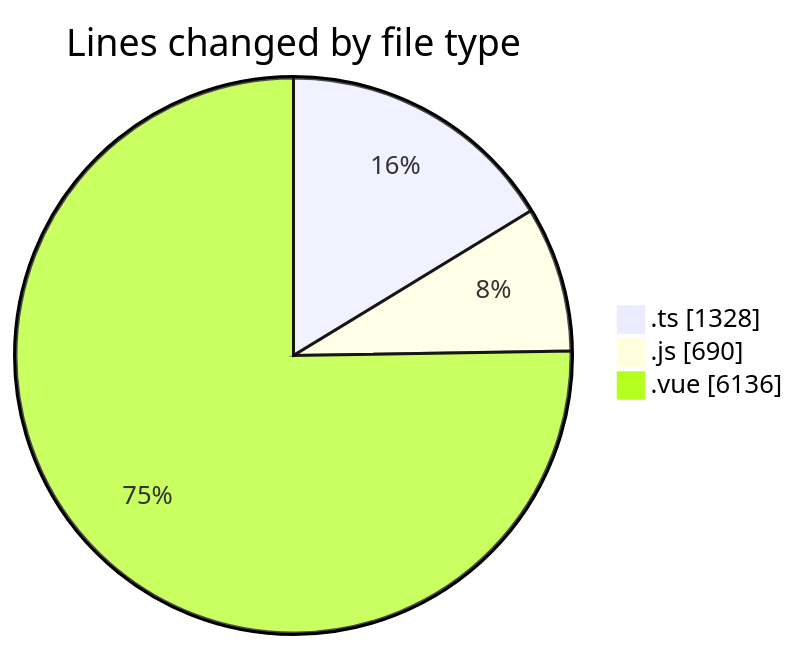
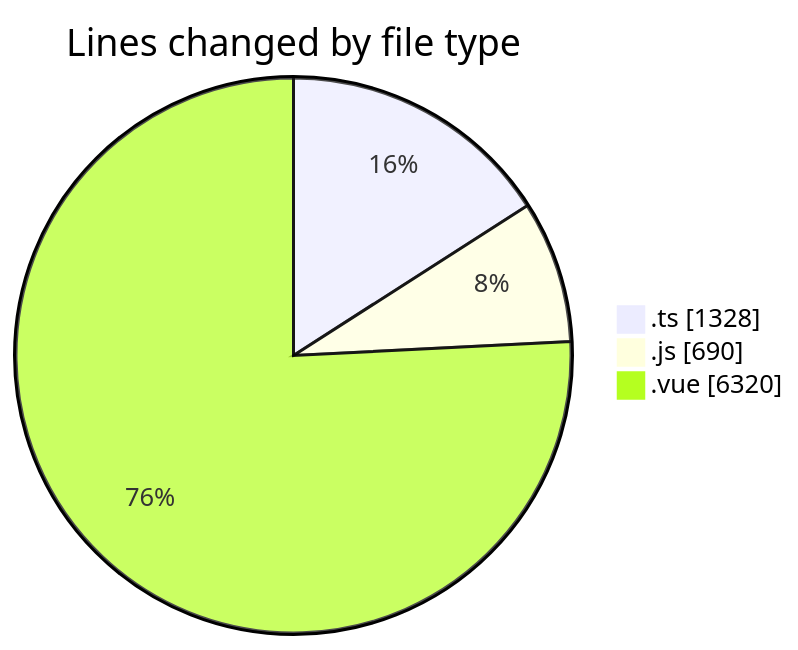
Before and after one commit to lephambinh05/code-tracking: the first of 2 diagrams in 2025-08-16/rentotp/README.md, drawn with Mermaid. The commit also changed other lines of this file and 1 other file, not shown here.

````diff
--- a/2025-08-16/rentotp/README.md
+++ b/2025-08-16/rentotp/README.md
@@ -38,7 +38,7 @@
 ```mermaid
 pie showData
 title Lines changed by file type
 ".ts" : 1328
 ".js" : 690
-".vue" : 6136
+".vue" : 6320
 ```
````
